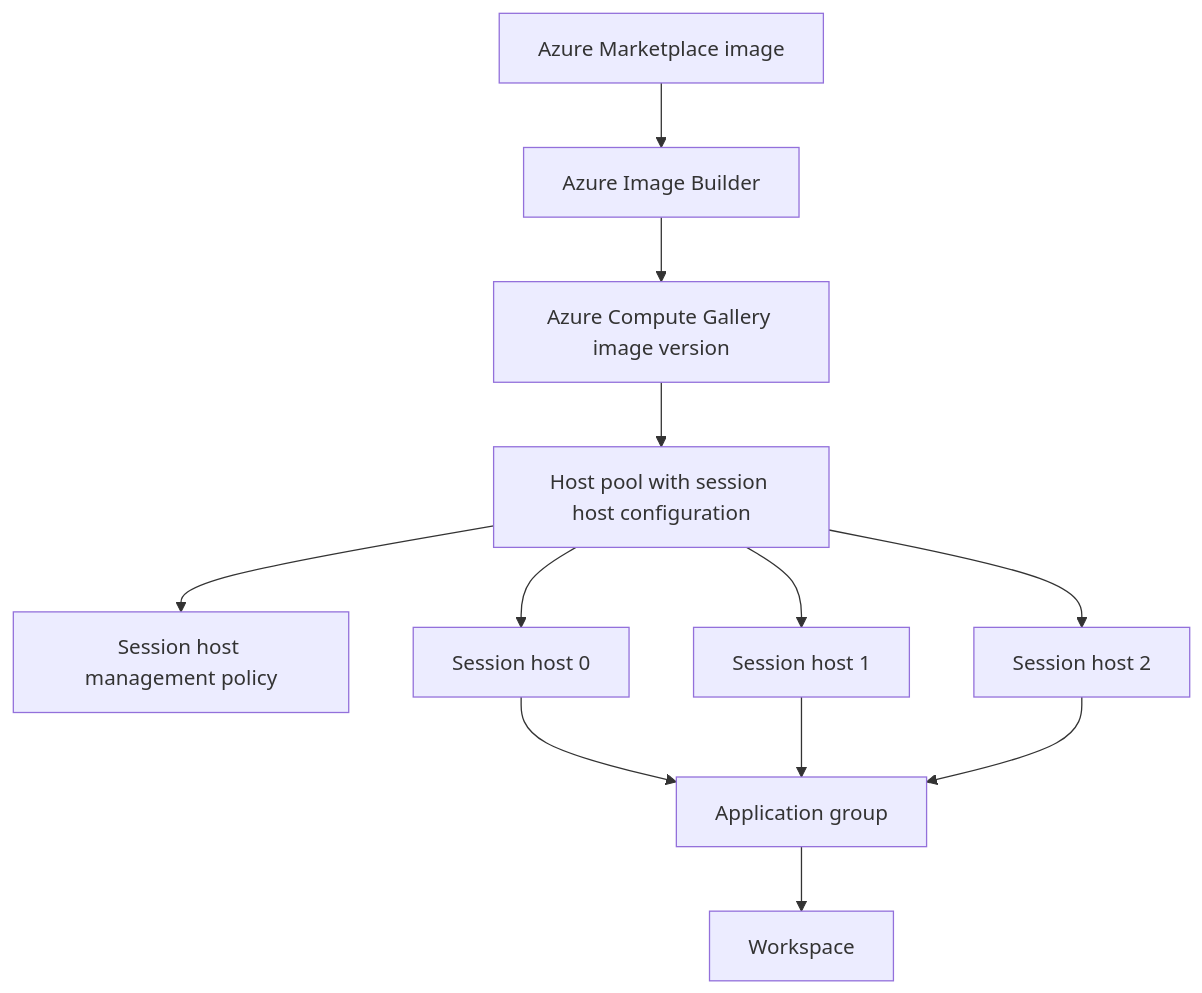
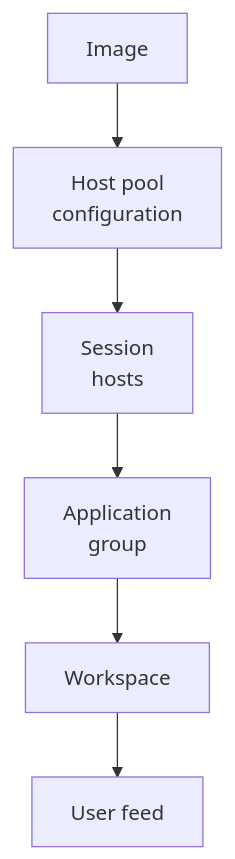
Before and after one commit to marckean/AVD-Reference_Architecture: the second of 3 diagrams in docs/host-pools/index.md, drawn with Mermaid. The commit also changed other lines of this file and 125 other files, not shown here.

````diff
--- a/docs/host-pools/index.md
+++ b/docs/host-pools/index.md
@@ -23,14 +43,8 @@
 ```mermaid
 flowchart TD
-    A["Azure Marketplace image"] --> B["Azure Image Builder"]
-    B --> C["Azure Compute Gallery image version"]
-    C --> D["Host pool with session host configuration"]
-    D --> E["Session host management policy"]
-    D --> F["Session host 0"]
-    D --> G["Session host 1"]
-    D --> H["Session host 2"]
-    I["Application group"] --> J["Workspace"]
-    F --> I
-    G --> I
-    H --> I
+    A["Image"] --> B["Host pool<br/>configuration"]
+    B --> C["Session<br/>hosts"]
+    C --> D["Application<br/>group"]
+    D --> E["Workspace"]
+    E --> F["User feed"]
 ```
````
